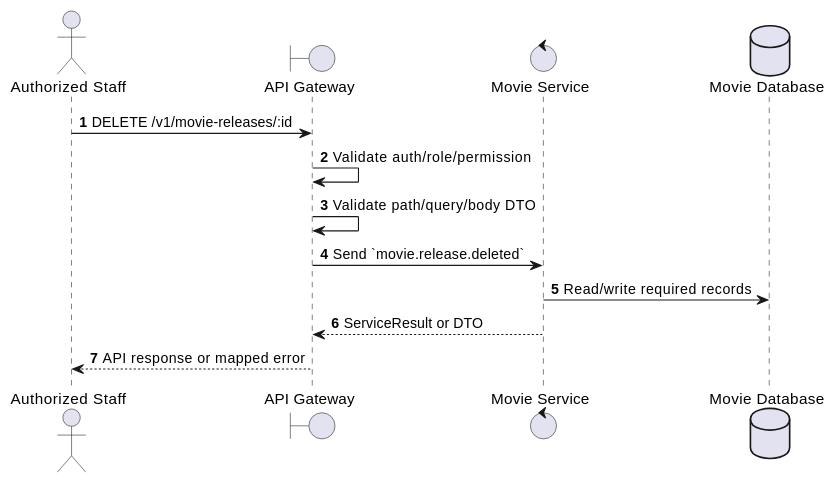
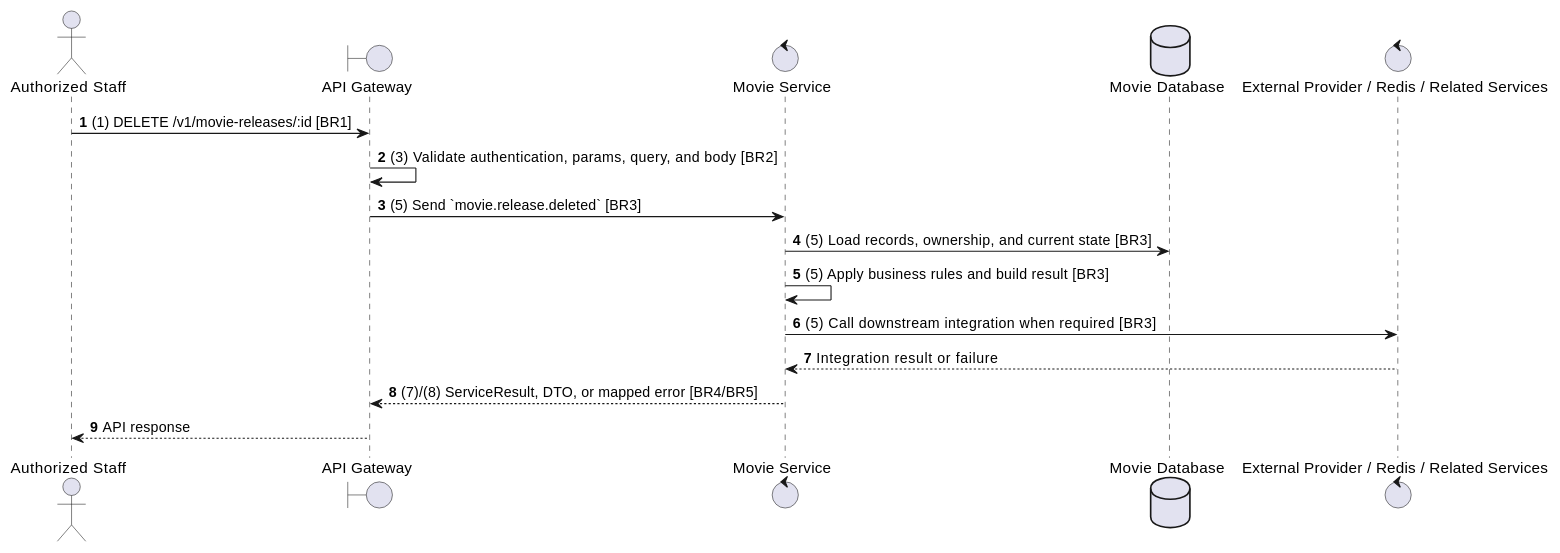
One commit to Tanh1603/movie-hub-architecture changed the second of 2 diagrams in docs/functional_specs/3.3.2_Movie_Releases/MR-03_Delete_Movie_Release.md. Above: the diagram before and after it, drawn with PlantUML. The commit also changed other lines of this file and 129 other files, not shown here.

````diff
--- a/docs/functional_specs/3.3.2_Movie_Releases/MR-03_Delete_Movie_Release.md
+++ b/docs/functional_specs/3.3.2_Movie_Releases/MR-03_Delete_Movie_Release.md
@@ -17,17 +64,20 @@
 ```plantuml
 @startuml
 autonumber
 actor "Authorized Staff" as Actor
 boundary "API Gateway" as GW
 control "Movie Service" as SVC
 database "Movie Database" as DB
+control "External Provider / Redis / Related Services" as EXT
 
-Actor -> GW: DELETE /v1/movie-releases/:id
-GW -> GW: Validate auth/role/permission
-GW -> GW: Validate path/query/body DTO
-GW -> SVC: Send `movie.release.deleted`
-SVC -> DB: Read/write required records
-SVC --> GW: ServiceResult or DTO
-GW --> Actor: API response or mapped error
+Actor -> GW: (1) DELETE /v1/movie-releases/:id [BR1]
+GW -> GW: (3) Validate authentication, params, query, and body [BR2]
+GW -> SVC: (5) Send `movie.release.deleted` [BR3]
+SVC -> DB: (5) Load records, ownership, and current state [BR3]
+SVC -> SVC: (5) Apply business rules and build result [BR3]
+SVC -> EXT: (5) Call downstream integration when required [BR3]
+EXT --> SVC: Integration result or failure
+SVC --> GW: (7)/(8) ServiceResult, DTO, or mapped error [BR4/BR5]
+GW --> Actor: API response
 @enduml
 ```
````
